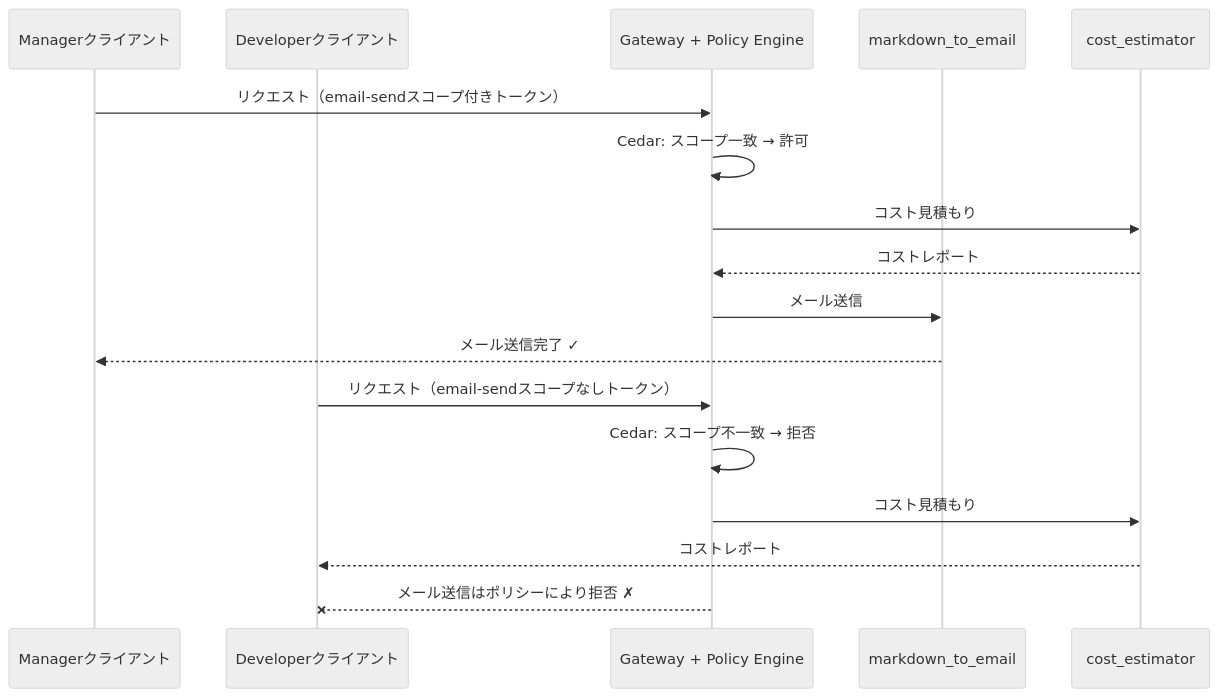
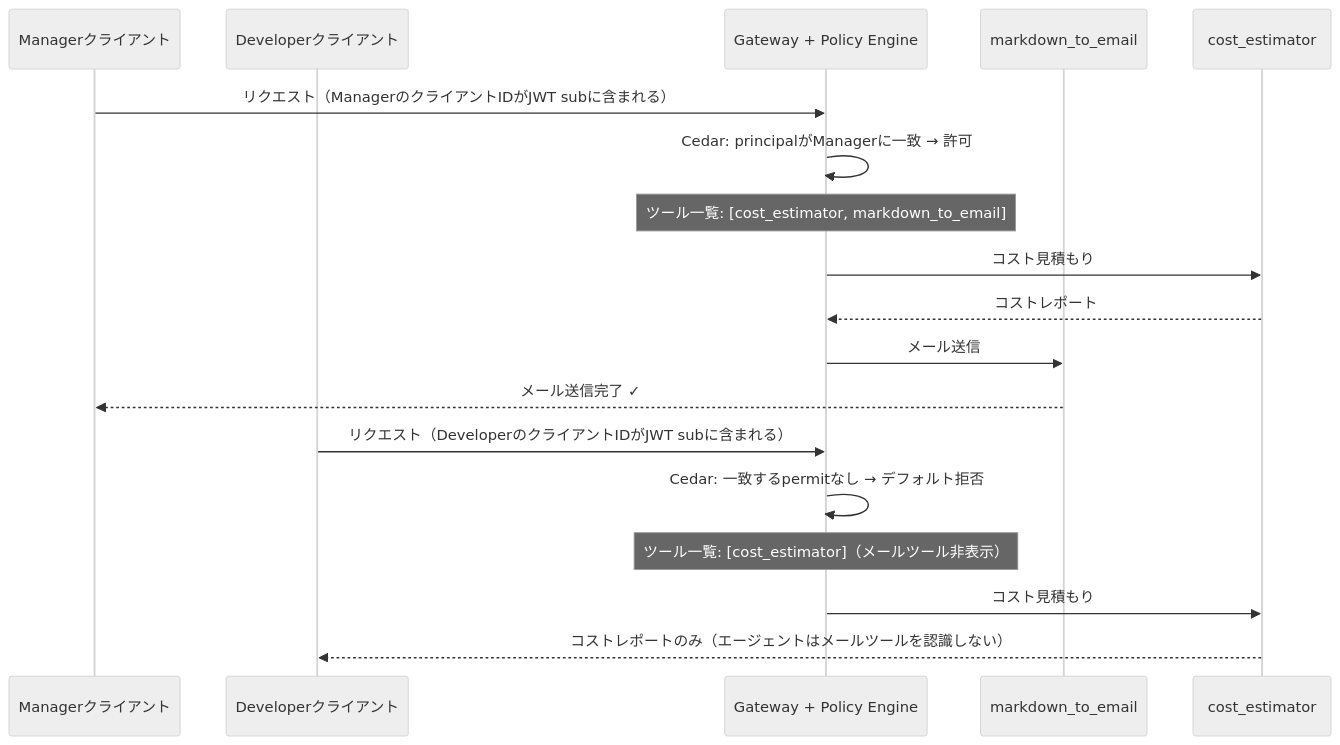
The diagram in 08_policy/README_ja.md (aws-samples/sample-amazon-bedrock-agentcore-onboarding), drawn with Mermaid (neutral theme) before and after one commit. The commit also changed other lines of this file and 5 other files, not shown here.

````diff
--- a/08_policy/README_ja.md
+++ b/08_policy/README_ja.md
@@ -73,21 +91,22 @@
 ```mermaid
 sequenceDiagram
     participant M as Managerクライアント
     participant D as Developerクライアント
     participant GW as Gateway + Policy Engine
     participant Tool as markdown_to_email
     participant CE as cost_estimator
 
-    M->>GW: リクエスト（email-sendスコープ付きトークン）
-    GW->>GW: Cedar: スコープ一致 → 許可
+    M->>GW: リクエスト（ManagerのクライアントIDがJWT subに含まれる）
+    GW->>GW: Cedar: principalがManagerに一致 → 許可
+    Note over GW: ツール一覧: [cost_estimator, markdown_to_email]
     GW->>CE: コスト見積もり
     CE-->>GW: コストレポート
     GW->>Tool: メール送信
     Tool-->>M: メール送信完了 ✓
 
-    D->>GW: リクエスト（email-sendスコープなしトークン）
-    GW->>GW: Cedar: スコープ不一致 → 拒否
+    D->>GW: リクエスト（DeveloperのクライアントIDがJWT subに含まれる）
+    GW->>GW: Cedar: 一致するpermitなし → デフォルト拒否
+    Note over GW: ツール一覧: [cost_estimator]（メールツール非表示）
     GW->>CE: コスト見積もり
-    CE-->>D: コストレポート
-    GW--xD: メール送信はポリシーにより拒否 ✗
+    CE-->>D: コストレポートのみ（エージェントはメールツールを認識しない）
 ```
````
